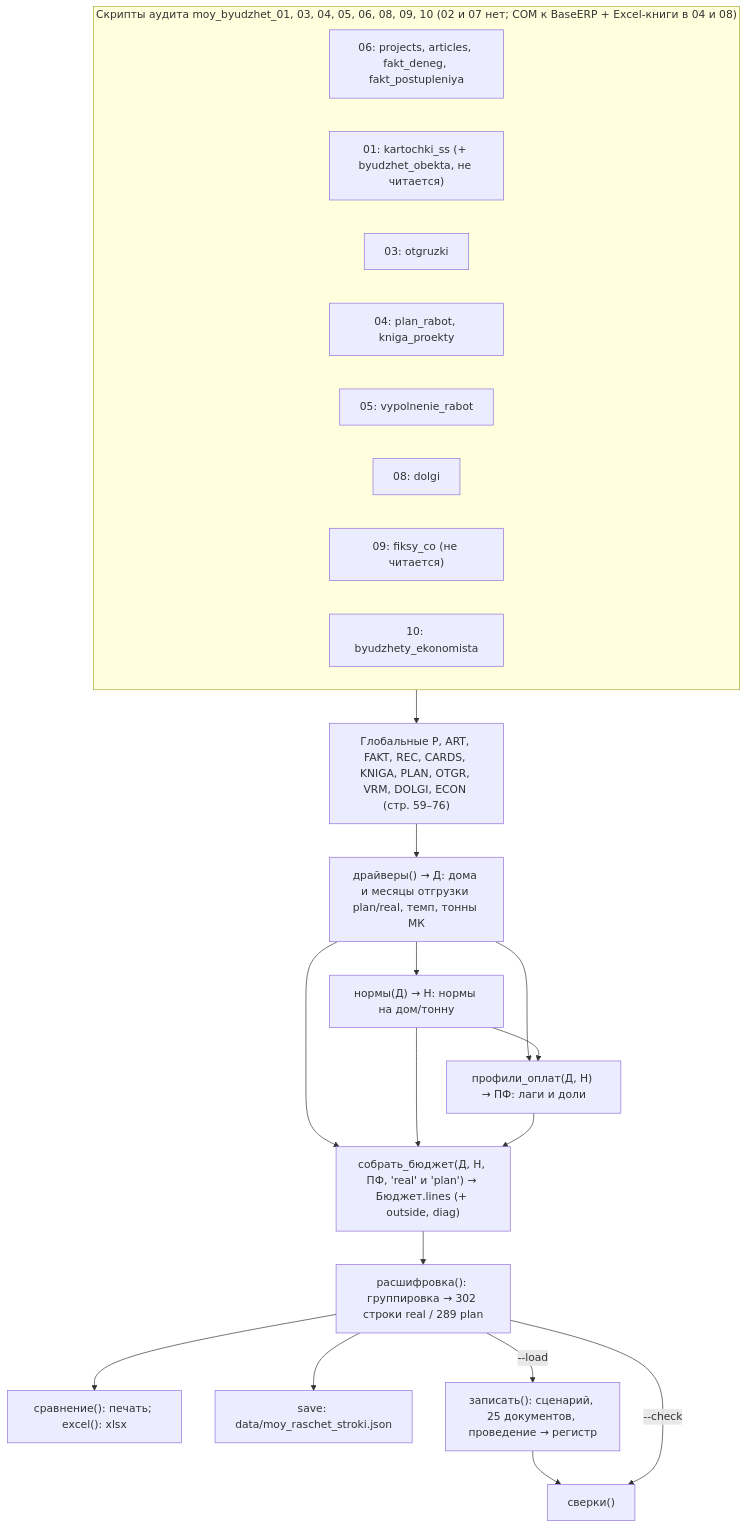
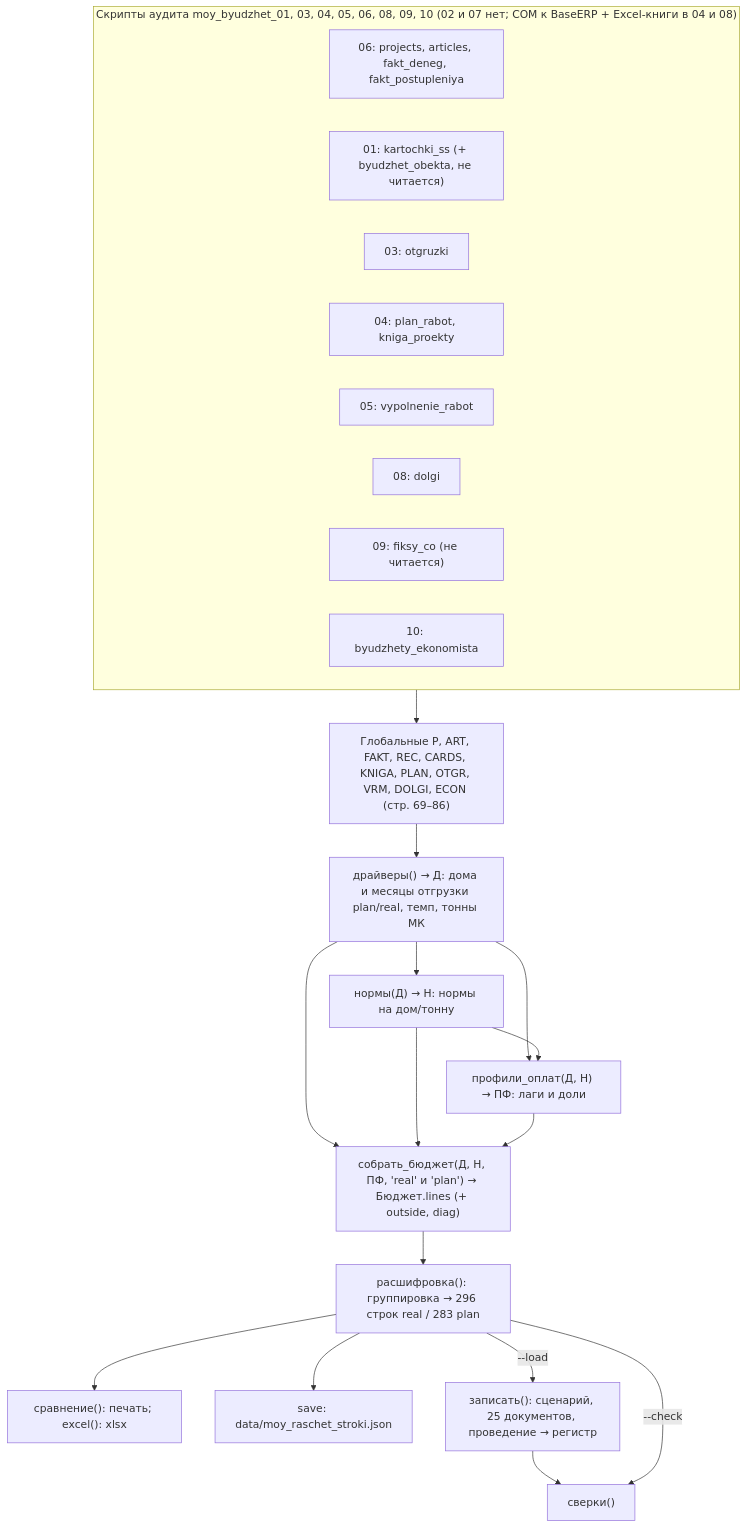
The diagram in _Rarzrabotki/notebook/Как считался сценарий ___ Бюджет (октябрь-декабрь 2026) - мой расчет/02_АЛГОРИТМ_РАСЧЕТА.md (Alex16111977/BASERP25_INDUSTRIALBUD), drawn with Mermaid before and after one commit. The commit also changed other lines of this file and 63 other files, not shown here.

````diff
--- a/_Rarzrabotki/notebook/Как считался сценарий ___ Бюджет (октябрь-декабрь 2026) - мой расчет/02_АЛГОРИТМ_РАСЧЕТА.md
+++ b/_Rarzrabotki/notebook/Как считался сценарий ___ Бюджет (октябрь-декабрь 2026) - мой расчет/02_АЛГОРИТМ_РАСЧЕТА.md
@@ -89,25 +99,25 @@
 ```mermaid
 flowchart TD
   subgraph AUD["Скрипты аудита moy_byudzhet_01, 03, 04, 05, 06, 08, 09, 10 (02 и 07 нет; COM к BaseERP + Excel-книги в 04 и 08)"]
     A06["06: projects, articles, fakt_deneg, fakt_postupleniya"]
     A01["01: kartochki_ss (+ byudzhet_obekta, не читается)"]
     A03["03: otgruzki"]
     A04["04: plan_rabot, kniga_proekty"]
     A05["05: vypolnenie_rabot"]
     A08["08: dolgi"]
     A09["09: fiksy_co (не читается)"]
     A10["10: byudzhety_ekonomista"]
   end
-  AUD --> G["Глобальные P, ART, FAKT, REC, CARDS, KNIGA, PLAN, OTGR, VRM, DOLGI, ECON (стр. 59–76)"]
+  AUD --> G["Глобальные P, ART, FAKT, REC, CARDS, KNIGA, PLAN, OTGR, VRM, DOLGI, ECON (стр. 69–86)"]
   G --> D["драйверы() → Д: дома и месяцы отгрузки plan/real, темп, тонны МК"]
   D --> N["нормы(Д) → Н: нормы на дом/тонну"]
   D --> PF["профили_оплат(Д, Н) → ПФ: лаги и доли"]
   N --> PF
   D & N & PF --> SB["собрать_бюджет(Д, Н, ПФ, 'real' и 'plan') → Бюджет.lines (+ outside, diag)"]
-  SB --> R["расшифровка(): группировка → 302 строки real / 289 plan"]
+  SB --> R["расшифровка(): группировка → 296 строк real / 283 plan"]
   R --> C1["сравнение(): печать; excel(): xlsx"]
   R --> J["save: data/moy_raschet_stroki.json"]
   R -->|"--load"| W["записать(): сценарий, 25 документов, проведение → регистр"]
   W --> CH["сверки()"]
   R -->|"--check"| CH
 ```
````
